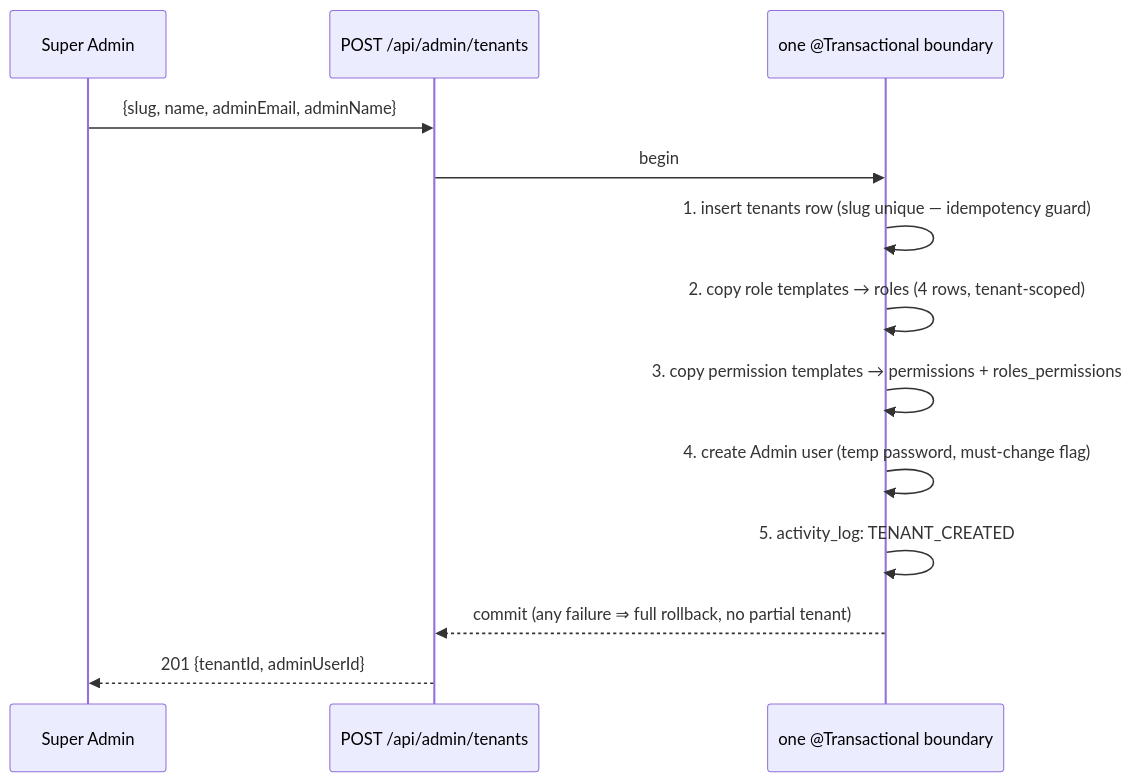
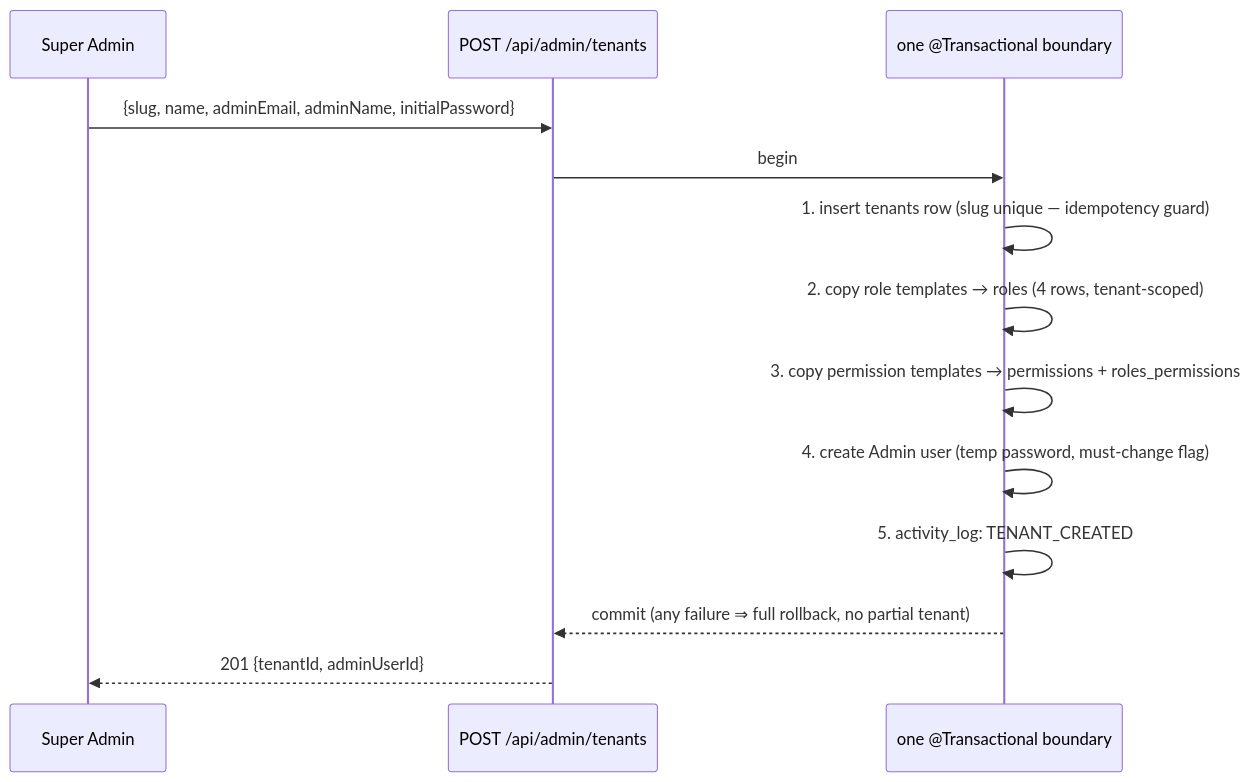
Before and after one commit to FaisalHanafi98/BAiTI: the first of 3 diagrams in docs/blueprint/02_SYSTEM_ANALYSIS.md, drawn with Mermaid. The commit also changed other lines of this file and 17 other files, not shown here.

````diff
--- a/docs/blueprint/02_SYSTEM_ANALYSIS.md
+++ b/docs/blueprint/02_SYSTEM_ANALYSIS.md
@@ -103,15 +103,15 @@
 ```mermaid
 sequenceDiagram
   participant SA as Super Admin
   participant API as POST /api/admin/tenants
   participant TX as one @Transactional boundary
-  SA->>API: {slug, name, adminEmail, adminName}
+  SA->>API: {slug, name, adminEmail, adminName, initialPassword}
   API->>TX: begin
   TX->>TX: 1. insert tenants row (slug unique — idempotency guard)
   TX->>TX: 2. copy role templates → roles (4 rows, tenant-scoped)
   TX->>TX: 3. copy permission templates → permissions + roles_permissions
   TX->>TX: 4. create Admin user (temp password, must-change flag)
   TX->>TX: 5. activity_log: TENANT_CREATED
   TX-->>API: commit (any failure ⇒ full rollback, no partial tenant)
   API-->>SA: 201 {tenantId, adminUserId}
 ```
````
